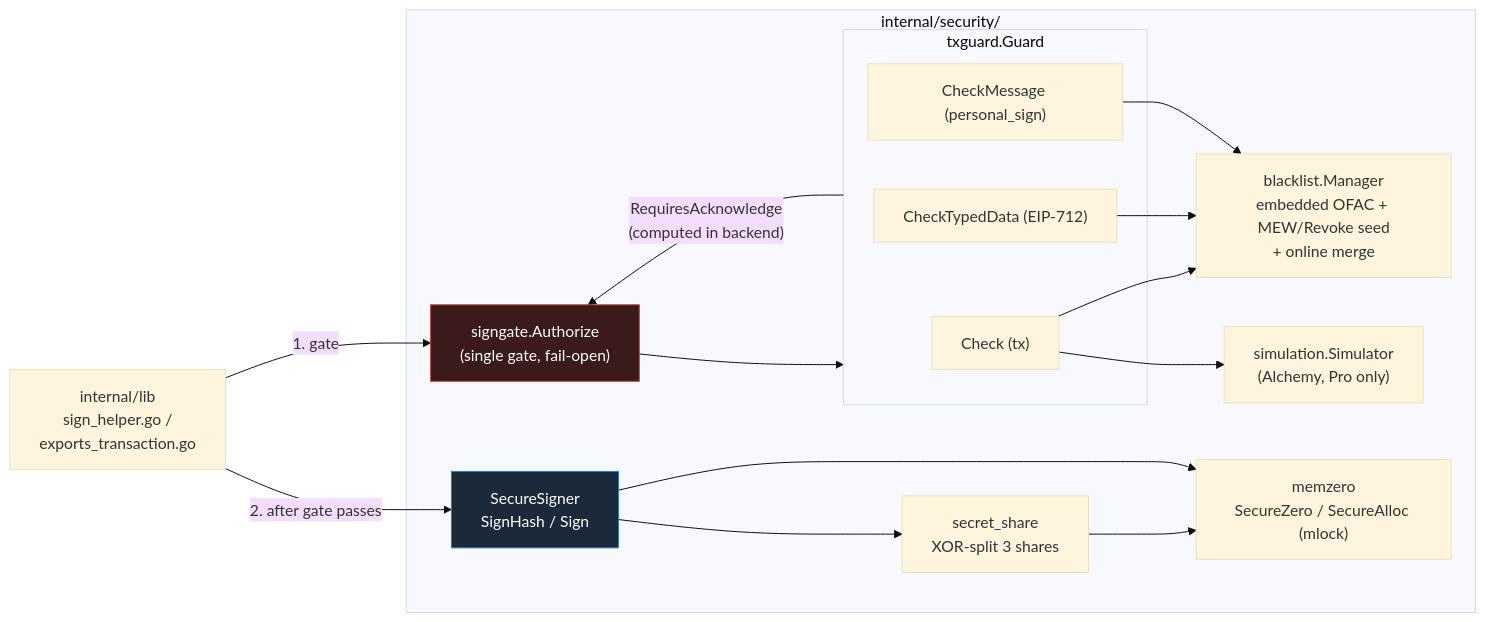
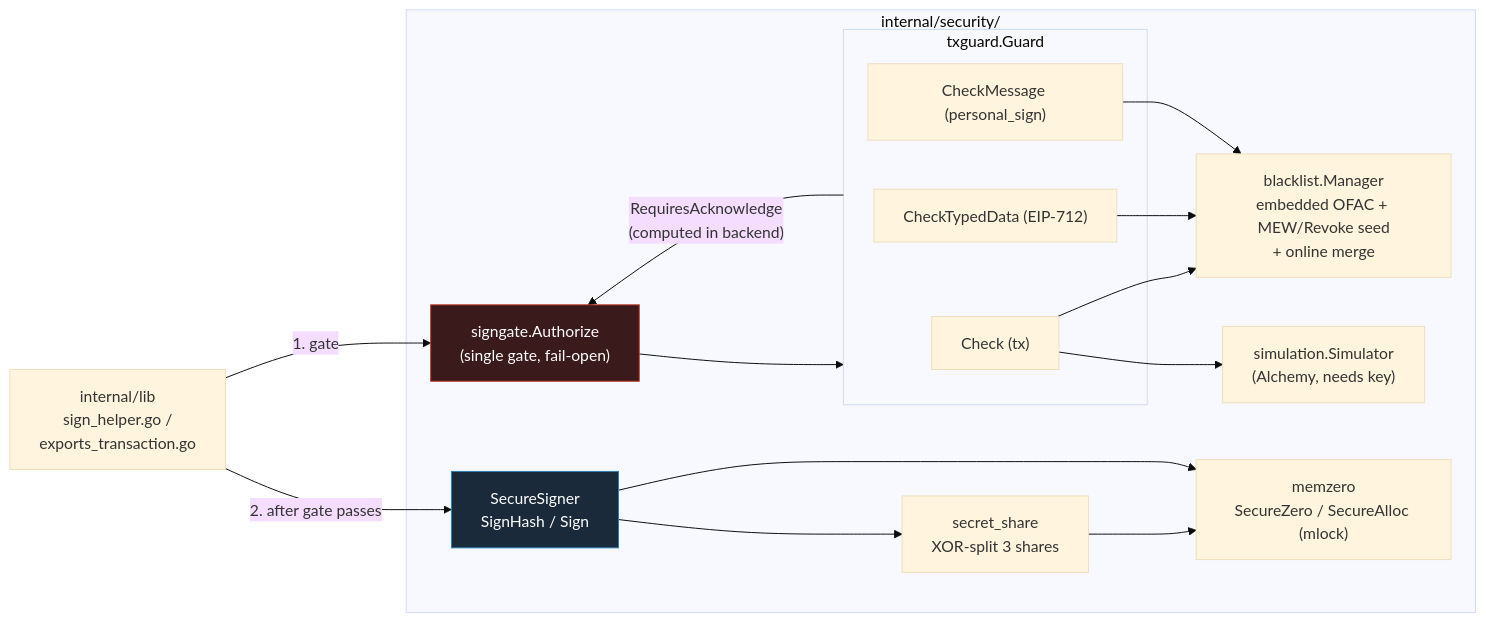
One commit to arcsignio/arcsign changed the fourth of 9 diagrams in docs/architecture.md. Above: the diagram before and after it, drawn with Mermaid (base theme). The commit also changed other lines of this file and 108 other files, not shown here.

````diff
--- a/docs/architecture.md
+++ b/docs/architecture.md
@@ -428,33 +429,33 @@
 ```mermaid
 flowchart LR
     caller["internal/lib<br/>sign_helper.go /<br/>exports_transaction.go"]
 
     subgraph sec["internal/security/"]
         signgate["signgate.Authorize<br/>(single gate, fail-open)"]
         subgraph guard["txguard.Guard"]
             check["Check (tx)"]
             ctd["CheckTypedData (EIP-712)"]
             cmsg["CheckMessage (personal_sign)"]
         end
         blacklist["blacklist.Manager<br/>embedded OFAC + MEW/Revoke seed<br/>+ online merge"]
-        sim["simulation.Simulator<br/>(Alchemy, Pro only)"]
+        sim["simulation.Simulator<br/>(Alchemy, needs key)"]
         signer["SecureSigner<br/>SignHash / Sign"]
         share["secret_share<br/>XOR-split 3 shares"]
         mz["memzero<br/>SecureZero / SecureAlloc (mlock)"]
     end
 
     caller -->|"1. gate"| signgate
     signgate --> guard
     check --> blacklist
     ctd --> blacklist
     cmsg --> blacklist
     check --> sim
     guard -->|"RequiresAcknowledge<br/>(computed in backend)"| signgate
     caller -->|"2. after gate passes"| signer
     signer --> share
     share --> mz
     signer --> mz
 
     style signgate fill:#3a1a1a,stroke:#c0392b,color:#fff
     style signer fill:#1a2a3a,stroke:#2980b9,color:#fff
 ```
````
